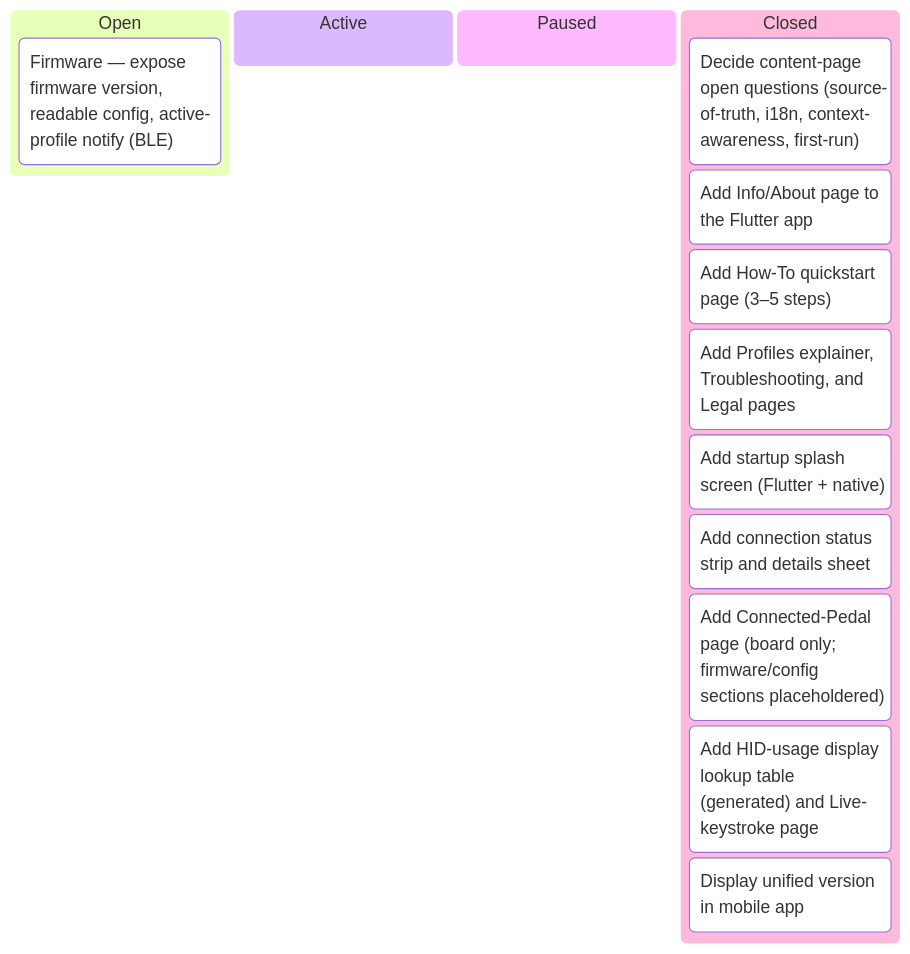
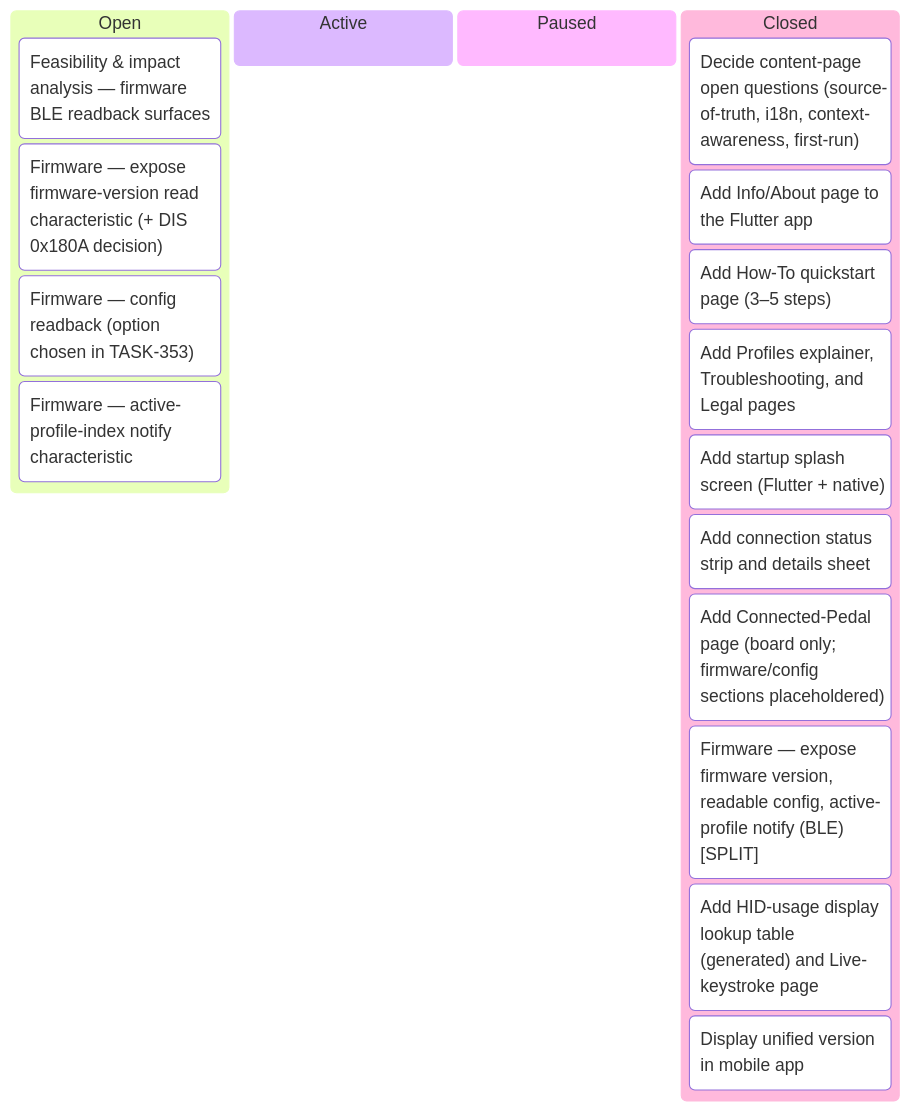
Before and after one commit to tgd1975/AwesomeStudioPedal: the first of 7 diagrams in docs/developers/tasks/KANBAN.md, drawn with Mermaid. The commit also changed other lines of this file and 7 other files, not shown here.

````diff
--- a/docs/developers/tasks/KANBAN.md
+++ b/docs/developers/tasks/KANBAN.md
@@ -11,17 +11,21 @@
 ```mermaid
 kanban
   Open
-    TASK_337["Firmware — expose firmware version, readable config, active-profile notify (BLE)"]
+    TASK_353["Feasibility & impact analysis — firmware BLE readback surfaces"]
+    TASK_354["Firmware — expose firmware-version read characteristic (+ DIS 0x180A decision)"]
+    TASK_355["Firmware — config readback (option chosen in TASK-353)"]
+    TASK_356["Firmware — active-profile-index notify characteristic"]
   Active
   Paused
   Closed
     TASK_330["Decide content-page open questions (source-of-truth, i18n, context-awareness, first-run)"]
     TASK_331["Add Info/About page to the Flutter app"]
     TASK_332["Add How-To quickstart page (3–5 steps)"]
     TASK_333["Add Profiles explainer, Troubleshooting, and Legal pages"]
     TASK_334["Add startup splash screen (Flutter + native)"]
     TASK_335["Add connection status strip and details sheet"]
     TASK_336["Add Connected-Pedal page (board only; firmware/config sections placeholdered)"]
+    TASK_337["Firmware — expose firmware version, readable config, active-profile notify (BLE) [SPLIT]"]
     TASK_338["Add HID-usage display lookup table (generated) and Live-keystroke page"]
     TASK_349["Display unified version in mobile app"]
 ```
````
